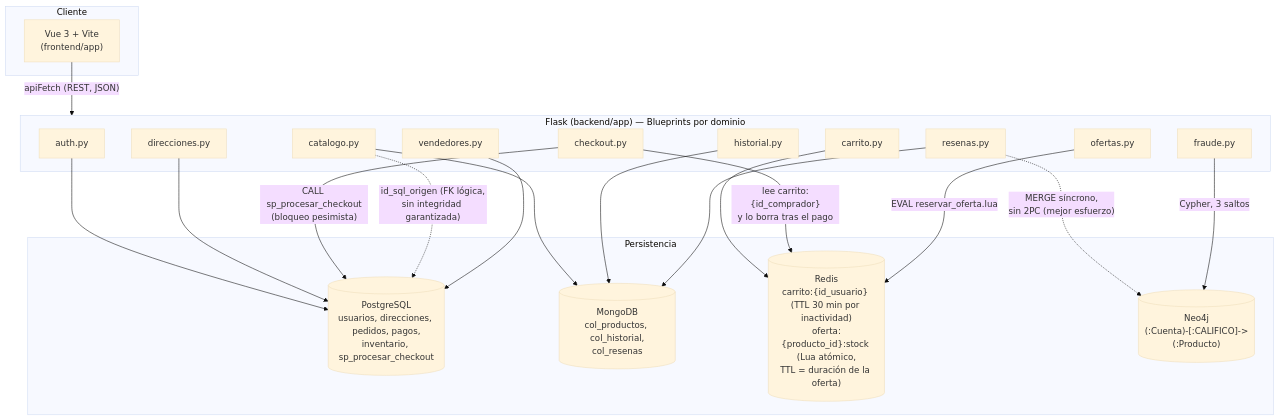
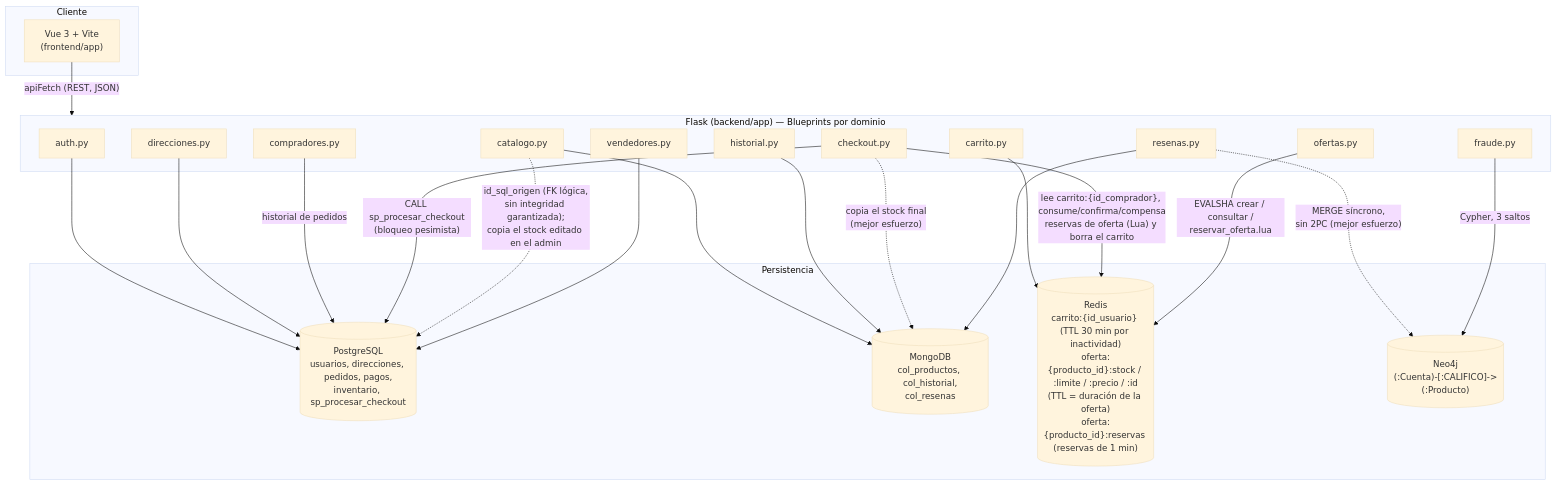
The diagram in docs/arquitectura.md (Fatiunis/proyectoBD2.0), drawn with Mermaid (base theme) before and after one commit. The commit also changed other lines of this file and 8 other files, not shown here.

````diff
--- a/docs/arquitectura.md
+++ b/docs/arquitectura.md
@@ -7,42 +7,45 @@
 ```mermaid
 flowchart TB
     subgraph Cliente
         Vue["Vue 3 + Vite\n(frontend/app)"]
     end
 
     subgraph Backend["Flask (backend/app) — Blueprints por dominio"]
         Auth[auth.py]
         Checkout[checkout.py]
         Direcciones[direcciones.py]
+        Compradores[compradores.py]
         Catalogo[catalogo.py]
         Historial[historial.py]
         Vendedores[vendedores.py]
         Carrito[carrito.py]
         Ofertas[ofertas.py]
         Resenas[resenas.py]
         Fraude[fraude.py]
     end
 
     subgraph Persistencia
         PG[("PostgreSQL\nusuarios, direcciones, pedidos, pagos,\ninventario, sp_procesar_checkout")]
         Mongo[("MongoDB\ncol_productos, col_historial,\ncol_resenas")]
-        Redis[("Redis\ncarrito:{id_usuario} (TTL 30 min por inactividad)\noferta:{producto_id}:stock (Lua atómico,\nTTL = duración de la oferta)")]
+        Redis[("Redis\ncarrito:{id_usuario} (TTL 30 min por inactividad)\noferta:{producto_id}:stock / :limite / :precio / :id\n(TTL = duración de la oferta)\noferta:{producto_id}:reservas (reservas de 1 min)")]
         Neo4j[("Neo4j\n(:Cuenta)-[:CALIFICO]->(:Producto)")]
     end
 
     Vue -- "apiFetch (REST, JSON)" --> Backend
 
     Auth --> PG
     Direcciones --> PG
+    Compradores -- "historial de pedidos" --> PG
     Checkout -- "CALL sp_procesar_checkout\n(bloqueo pesimista)" --> PG
     Catalogo --> Mongo
-    Catalogo -. "id_sql_origen (FK lógica,\nsin integridad garantizada)" .-> PG
+    Catalogo -. "id_sql_origen (FK lógica,\nsin integridad garantizada);\ncopia el stock editado en el admin" .-> PG
     Historial --> Mongo
     Vendedores --> PG
     Carrito --> Redis
-    Checkout -- "lee carrito:{id_comprador}\ny lo borra tras el pago" --> Redis
-    Ofertas -- "EVAL reservar_oferta.lua" --> Redis
+    Checkout -- "lee carrito:{id_comprador}, consume/confirma/compensa\nreservas de oferta (Lua) y borra el carrito" --> Redis
+    Checkout -. "copia el stock final\n(mejor esfuerzo)" .-> Mongo
+    Ofertas -- "EVALSHA crear / consultar /\nreservar_oferta.lua" --> Redis
     Resenas --> Mongo
     Resenas -. "MERGE síncrono,\nsin 2PC (mejor esfuerzo)" .-> Neo4j
     Fraude -- "Cypher, 3 saltos" --> Neo4j
 ```
````
